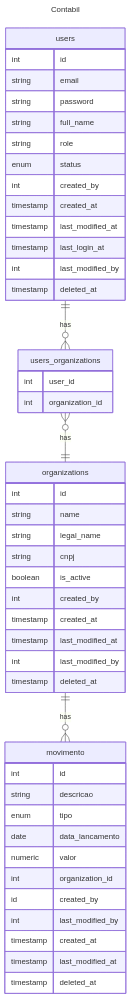
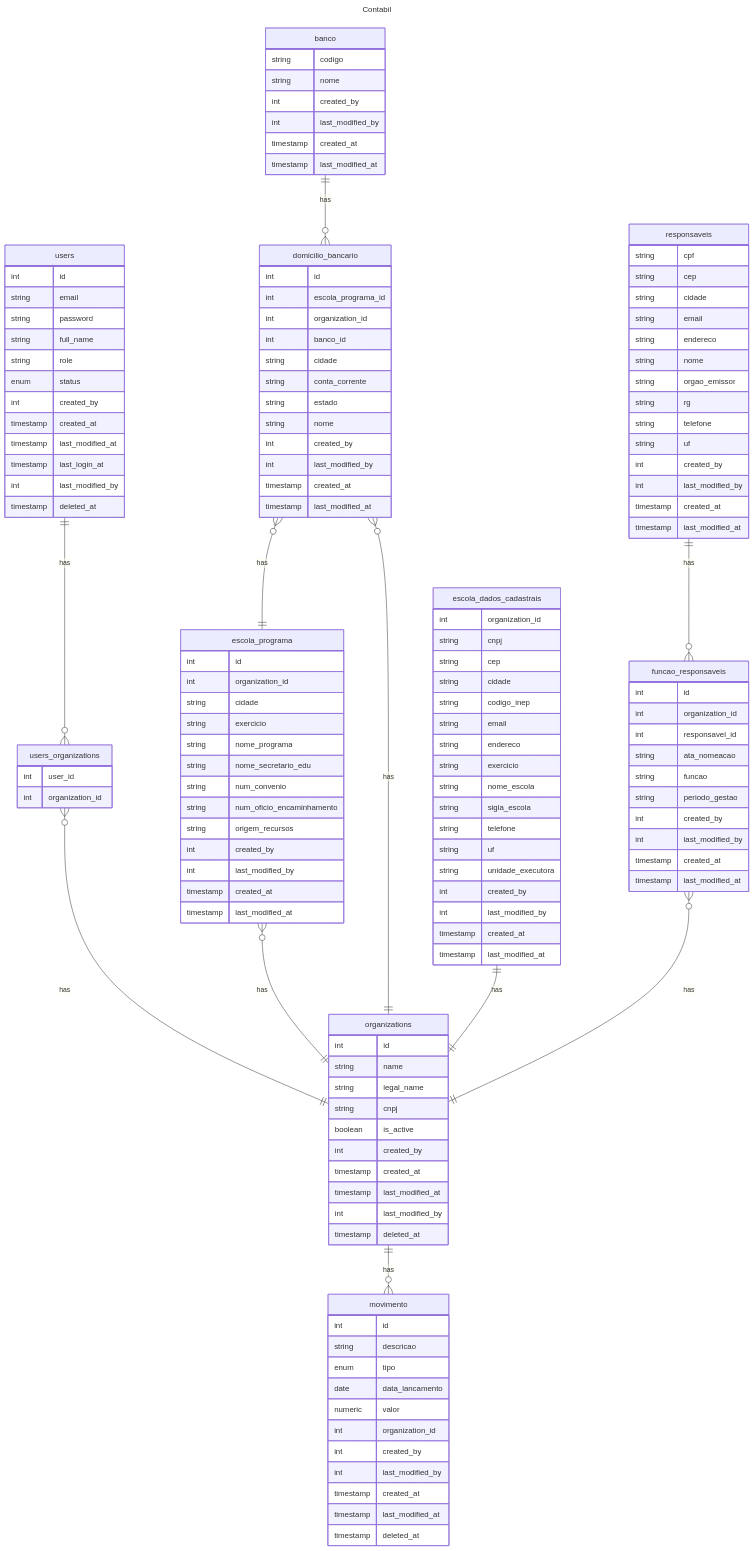
One commit to JMRwork/Contabil changed the diagram in README.MD. Above: the diagram before and after it, drawn with Mermaid. The commit also changed other lines of this file and 3 other files, not shown here.

````diff
--- a/README.MD
+++ b/README.MD
@@ -83,6 +100,13 @@
     users ||--o{ users_organizations : has
     users_organizations }o--|| organizations : has
     organizations ||--o{ movimento : has
+    banco ||--o{ domicilio_bancario : has
+    domicilio_bancario }o--|| escola_programa : has
+    escola_programa }o--|| organizations : has
+    domicilio_bancario }o--|| organizations : has
+    escola_dados_cadastrais ||--|| organizations : has
+    responsaveis ||--o{ funcao_responsaveis : has
+    funcao_responsaveis }o--|| organizations : has
     users {
       int id
       string email
@@ -120,10 +144,94 @@
       date data_lancamento
       numeric valor
       int organization_id
-      id created_by
+      int created_by
       int last_modified_by
       timestamp created_at
       timestamp last_modified_at
       timestamp deleted_at
     }
+    banco {
+      string codigo
+      string nome
+      int created_by
+      int last_modified_by
+      timestamp created_at
+      timestamp last_modified_at
+    }
+    domicilio_bancario {
+      int id
+      int escola_programa_id
+      int organization_id
+      int banco_id
+      string cidade
+      string conta_corrente
+      string estado
+      string nome
+      int created_by
+      int last_modified_by
+      timestamp created_at
+      timestamp last_modified_at
+    }
+    escola_dados_cadastrais {
+      int organization_id
+      string cnpj
+      string cep
+      string cidade
+      string codigo_inep
+      string email
+      string endereco
+      string exercicio
+      string nome_escola
+      string sigla_escola
+      string telefone
+      string uf
+      string unidade_executora
+      int created_by
+      int last_modified_by
+      timestamp created_at
+      timestamp last_modified_at
+    }
+    escola_programa {
+      int id
+      int organization_id
+      string cidade
+      string exercicio
+      string nome_programa
+      string nome_secretario_edu
+      string num_convenio
+      string num_oficio_encaminhamento
+      string origem_recursos
+      int created_by
+      int last_modified_by
+      timestamp created_at
+      timestamp last_modified_at
+    }
+    funcao_responsaveis {
+      int id
+      int organization_id
+      int responsavel_id
+      string ata_nomeacao
+      string funcao
+      string periodo_gestao
+      int created_by
+      int last_modified_by
+      timestamp created_at
+      timestamp last_modified_at
+    }
+    responsaveis {
+      string cpf
+      string cep
+      string cidade
+      string email
+      string endereco
+      string nome
+      string orgao_emissor
+      string rg
+      string telefone
+      string uf
+      int created_by
+      int last_modified_by
+      timestamp created_at
+      timestamp last_modified_at
+    }
 ```
````
